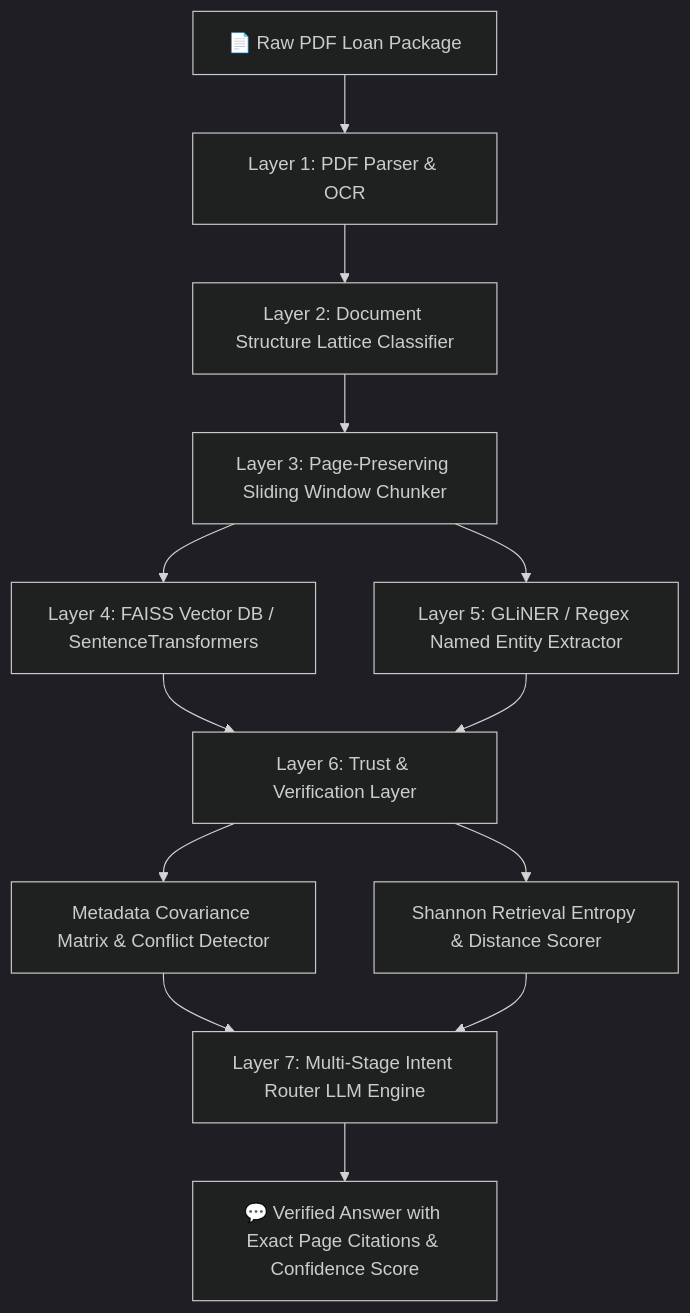
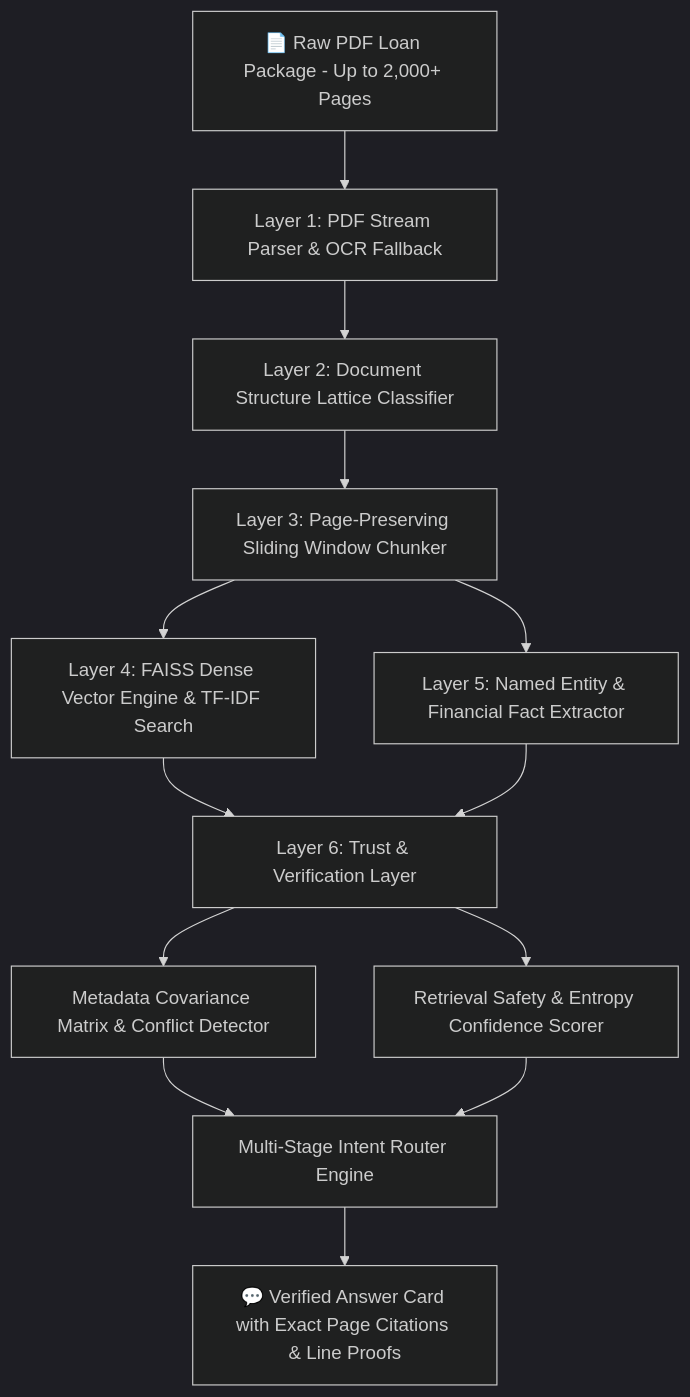
The diagram in README.md (SANJ-180605/loantrace-AI-rag-system), drawn with Mermaid (dark theme) before and after one commit. The commit also changed other lines of this file and 7 other files, not shown here.

Commit message:
Update LoanTrace AI with 2000-page scale support, UI redesign, stacked audit proof log, welcome banner, and clean README

````diff
--- a/README.md
+++ b/README.md
@@ -19,13 +52,13 @@
 ```mermaid
 flowchart TD
-    A[📄 Raw PDF Loan Package] --> B[Layer 1: PDF Parser & OCR]
+    A[📄 Raw PDF Loan Package - Up to 2,000+ Pages] --> B[Layer 1: PDF Stream Parser & OCR Fallback]
     B --> C[Layer 2: Document Structure Lattice Classifier]
     C --> D[Layer 3: Page-Preserving Sliding Window Chunker]
-    D --> E[Layer 4: FAISS Vector DB / SentenceTransformers]
-    D --> F[Layer 5: GLiNER / Regex Named Entity Extractor]
+    D --> E[Layer 4: FAISS Dense Vector Engine & TF-IDF Search]
+    D --> F[Layer 5: Named Entity & Financial Fact Extractor]
     E & F --> G[Layer 6: Trust & Verification Layer]
     G --> H[Metadata Covariance Matrix & Conflict Detector]
-    G --> I[Shannon Retrieval Entropy & Distance Scorer]
-    H & I --> J[Layer 7: Multi-Stage Intent Router LLM Engine]
-    J --> K[💬 Verified Answer with Exact Page Citations & Confidence Score]
+    G --> I[Retrieval Safety & Entropy Confidence Scorer]
+    H & I --> J[Multi-Stage Intent Router Engine]
+    J --> K[💬 Verified Answer Card with Exact Page Citations & Line Proofs]
 ```
````
